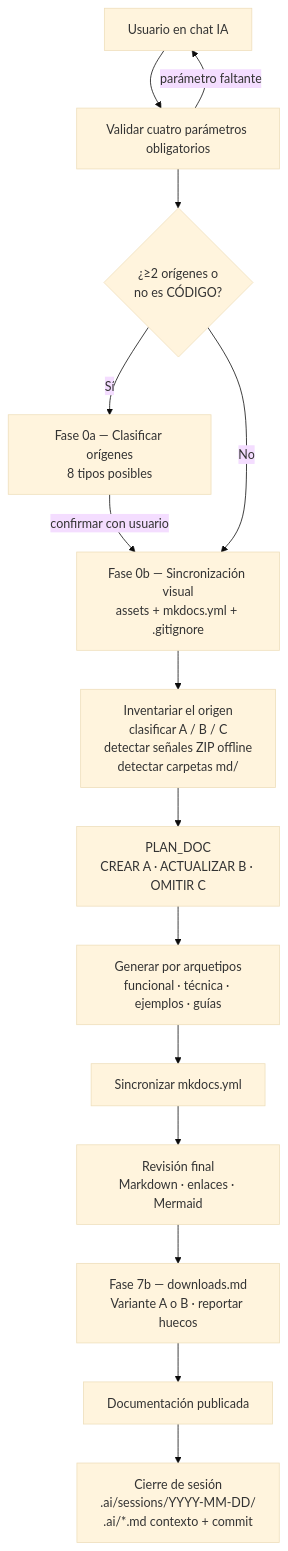
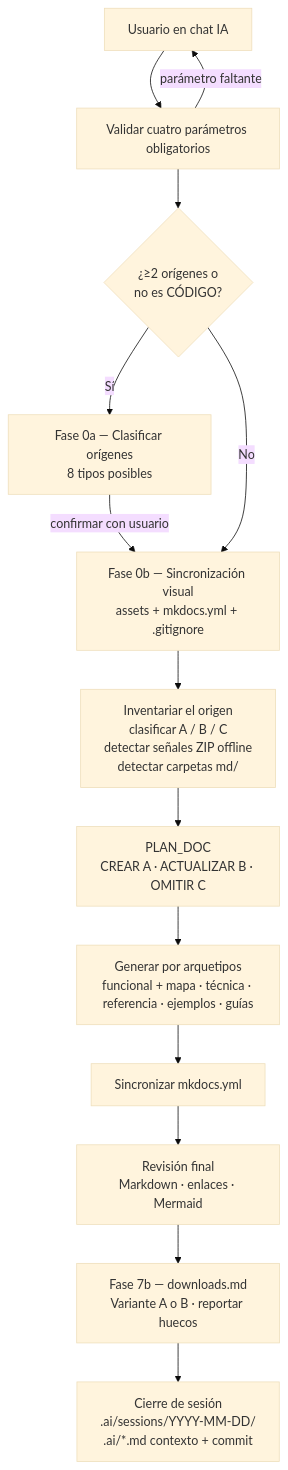
The diagram in docs/functional/document_project.md (fmanza/doc_ia), drawn with Mermaid (base theme) before and after one commit. The commit also changed other lines of this file and 30 other files, not shown here.

First line of the commit message:
feat(archetypes): trazabilidad de pruebas, Mapa Funcional y datos (P2)

````diff
--- a/docs/functional/document_project.md
+++ b/docs/functional/document_project.md
@@ -41,17 +36,16 @@
 ```mermaid
 flowchart TD
     U[Usuario en chat IA] --> V[Validar cuatro parámetros obligatorios]
     V -- parámetro faltante --> U
     V --> CL{¿≥2 orígenes o\nno es CÓDIGO?}
     CL -- Sí --> F0a[Fase 0a — Clasificar orígenes<br/>8 tipos posibles]
     F0a -- confirmar con usuario --> F0b
     CL -- No --> F0b[Fase 0b — Sincronización visual<br/>assets + mkdocs.yml + .gitignore]
     F0b --> I[Inventariar el origen<br/>clasificar A / B / C<br/>detectar señales ZIP offline<br/>detectar carpetas md/]
     I --> P[PLAN_DOC<br/>CREAR A · ACTUALIZAR B · OMITIR C]
-    P --> G[Generar por arquetipos<br/>funcional · técnica · ejemplos · guías]
+    P --> G[Generar por arquetipos<br/>funcional + mapa · técnica · referencia · ejemplos · guías]
     G --> N[Sincronizar mkdocs.yml]
     N --> R[Revisión final<br/>Markdown · enlaces · Mermaid]
     R --> DL[Fase 7b — downloads.md<br/>Variante A o B · reportar huecos]
-    DL --> D[Documentación publicada]
-    D --> CS[Cierre de sesión<br/>.ai/sessions/YYYY-MM-DD/<br/>.ai/*.md contexto + commit]
+    DL --> CS[Cierre de sesión<br/>.ai/sessions/YYYY-MM-DD/<br/>.ai/*.md contexto + commit]
 ```
````
